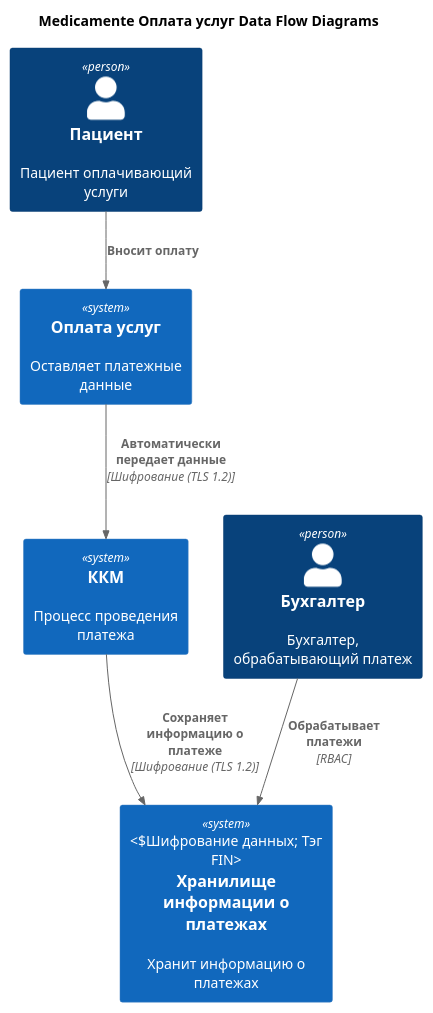
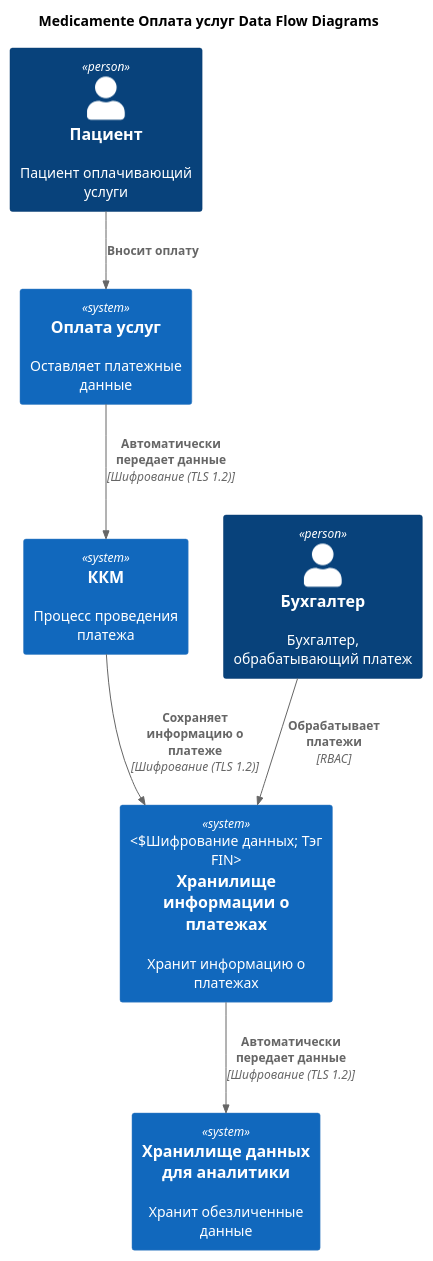
The diagram in Task1/Оплата_услуг_ToBe.puml (noisegrind3r/architecture-sprint-10), drawn with PlantUML before and after one commit. The commit also changed 7 other files, not shown here.

Commit message:
fix: dfd diagrams

```diff
--- a/Task1/Оплата_услуг_ToBe.puml
+++ b/Task1/Оплата_услуг_ToBe.puml
@@ -1,20 +1,23 @@
 @startuml
 title Medicamente Оплата услуг Data Flow Diagrams
 
 top to bottom direction
 
 !includeurl https://raw.githubusercontent.com/RicardoNiepel/C4-PlantUML/master/C4_Context.puml
 
 Person(patient, "Пациент", "Пациент оплачивающий услуги")
 Person(accountant, "Бухгалтер", "Бухгалтер, обрабатывающий платеж")
 
 System(payment, "Оплата услуг", "Оставляет платежные данные")
 System(kkm, "ККМ", "Процесс проведения платежа")
 System(paymentData, "Хранилище информации о платежах", "Хранит информацию о платежах", "Шифрование данных; Тэг FIN")
+System(dataLake, "Хранилище данных для аналитики", "Хранит обезличенные данные")
 
 Rel(patient, payment, "Вносит оплату")
 Rel(payment, kkm, "Автоматически передает данные", "Шифрование (TLS 1.2)")
 Rel(kkm, paymentData, "Сохраняет информацию о платеже", "Шифрование (TLS 1.2)")
 Rel(accountant, paymentData, "Обрабатывает платежи", "RBAC")
 
+Rel(paymentData, dataLake, "Автоматически передает данные", "Шифрование (TLS 1.2)" )
+
 @enduml
```
